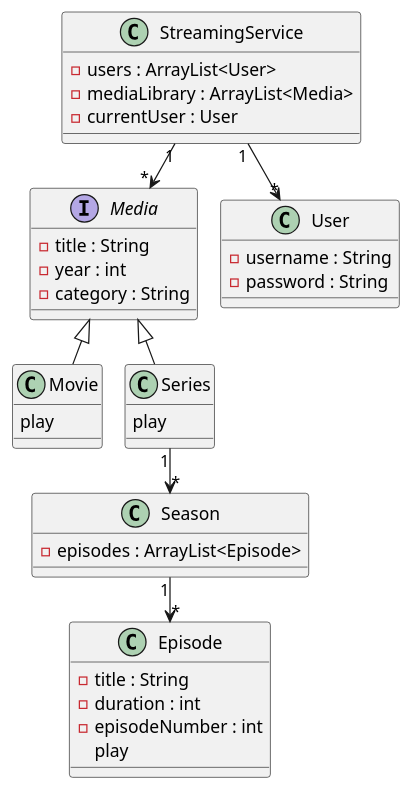
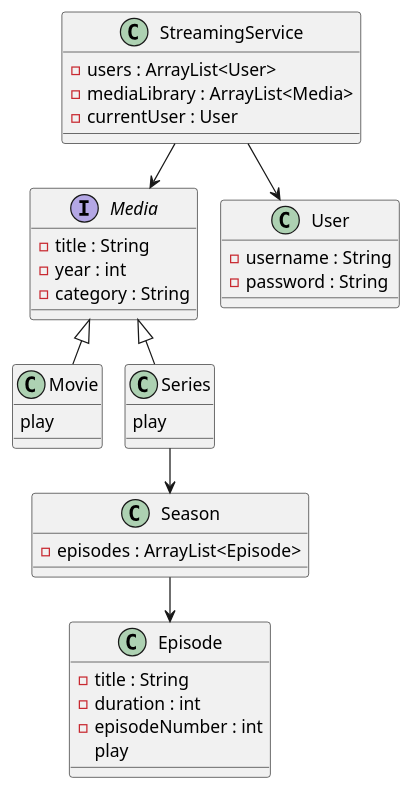
The diagram in doc/Classdiagram.puml (Britzgrank1/SP3), drawn with PlantUML before and after one commit.

Commit message:
Ændring i plantuml

```diff
--- a/doc/Classdiagram.puml
+++ b/doc/Classdiagram.puml
@@ -1,54 +1,54 @@
 @startuml
 !pragma layout smetana
 
 class StreamingService {
     - users : ArrayList<User>
     - mediaLibrary : ArrayList<Media>
     - currentUser : User
 }
 
 Interface Media {
     - title : String
     - year : int
     - category : String
 }
 
 class Movie {
     play
 }
 
 class Series {
     play
 }
 
 class Season {
     - episodes : ArrayList<Episode>
 }
 
 class Episode {
     - title : String
     - duration : int
     - episodeNumber : int
     play
 }
 
 class User {
     - username : String
     - password : String
 }
 
 
 'Relationer'
 
-StreamingService "1" --> "*" User
-StreamingService "1" --> "*" Media
+StreamingService  -->  User
+StreamingService  --> Media
 
 
 Media <|-- Movie
 Media <|-- Series
 
-Series "1" --> "*" Season
-Season "1" --> "*" Episode
+Series  -->  Season
+Season  -->  Episode
 
 
 @enduml
```
